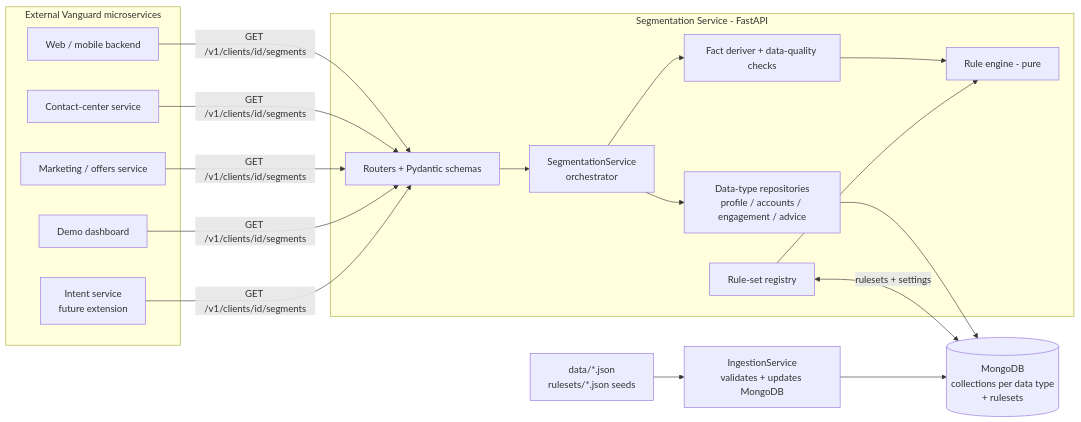
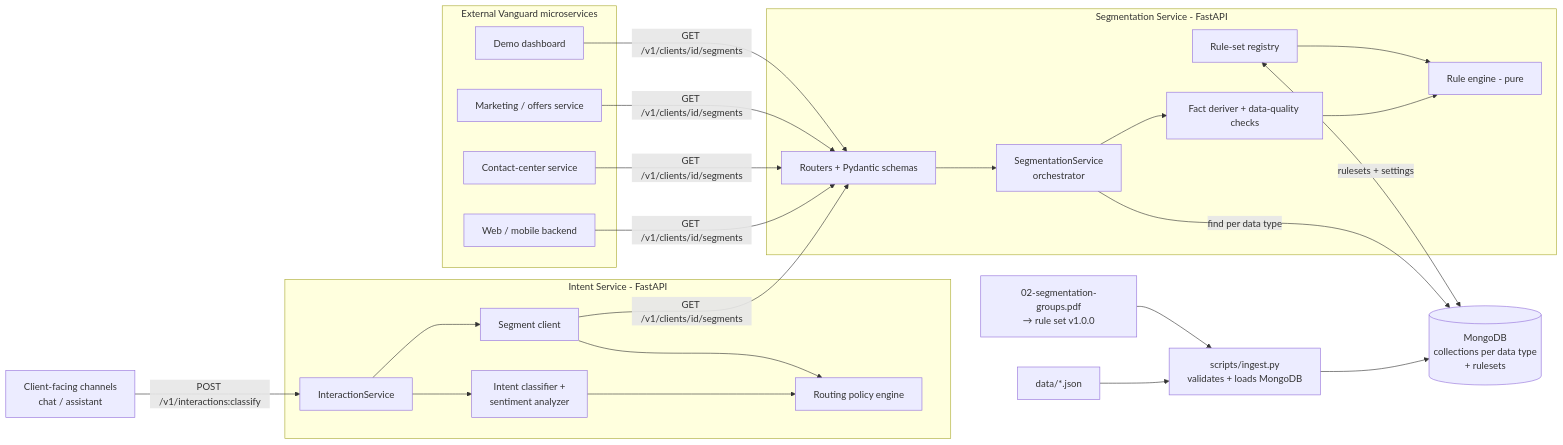
One commit to JustinGarvida/vanguard-css changed the first of 4 diagrams in docs/03-service-design.md. Above: the diagram before and after it, drawn with Mermaid. The commit also changed other lines of this file and 5 other files, not shown here.

First line of the commit message:
docs: revise architecture after stakeholder review

````diff
--- a/docs/03-service-design.md
+++ b/docs/03-service-design.md
@@ -44,30 +46,40 @@
 ```mermaid
 flowchart LR
     subgraph Consumers[External Vanguard microservices]
         MS1[Web / mobile backend]
         MS2[Contact-center service]
         MS3[Marketing / offers service]
         DASH[Demo dashboard]
-        INT[Intent service<br/>future extension]
+    end
+
+    CH[Client-facing channels<br/>chat / assistant] -->|POST /v1/interactions:classify| INT
+
+    subgraph IS[Intent Service - FastAPI]
+        INT[InteractionService]
+        CLS[Intent classifier +<br/>sentiment analyzer]
+        SC[Segment client]
+        RP[Routing policy engine]
     end
 
     subgraph CSS[Segmentation Service - FastAPI]
         API[Routers + Pydantic schemas]
         SVC[SegmentationService<br/>orchestrator]
-        REPO[Data-type repositories<br/>profile / accounts / engagement / advice]
         FACT[Fact deriver + data-quality checks]
         ENG[Rule engine - pure]
         RSR[Rule-set registry]
     end
 
     DB[(MongoDB<br/>collections per data type<br/>+ rulesets)]
-    ING[IngestionService<br/>validates + updates MongoDB]
-    SRC[data/*.json<br/>rulesets/*.json seeds]
+    ING[scripts/ingest.py<br/>validates + loads MongoDB]
+    SRC[data/*.json]
+    PDF[02-segmentation-groups.pdf<br/>→ rule set v1.0.0]
 
-    MS1 & MS2 & MS3 & DASH & INT -->|GET /v1/clients/id/segments| API
-    API --> SVC --> REPO --> DB
+    INT --> CLS & SC
+    CLS & SC --> RP
+    MS1 & MS2 & MS3 & DASH & SC -->|GET /v1/clients/id/segments| API
+    API --> SVC -->|find per data type| DB
     SVC --> FACT --> ENG
     RSR --> ENG
     RSR <-->|rulesets + settings| DB
-    SRC --> ING --> DB
+    SRC & PDF --> ING --> DB
 ```
````
